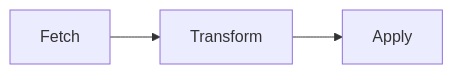
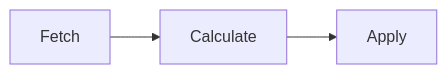
The diagram in README.md (kannika-io/kbridge), drawn with Mermaid before and after one commit. The commit also changed other lines of this file, not shown here.

````diff
--- a/README.md
+++ b/README.md
@@ -16,4 +68,4 @@
 ```mermaid
 graph LR
-    A[Fetch]-->B[Transform]-->C[Apply]
+    A[Fetch]-->B[Calculate]-->C[Apply]
 ```
````
